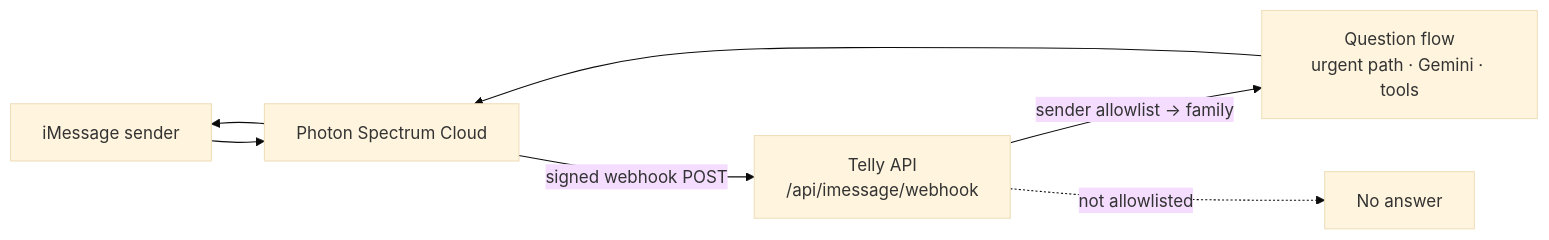
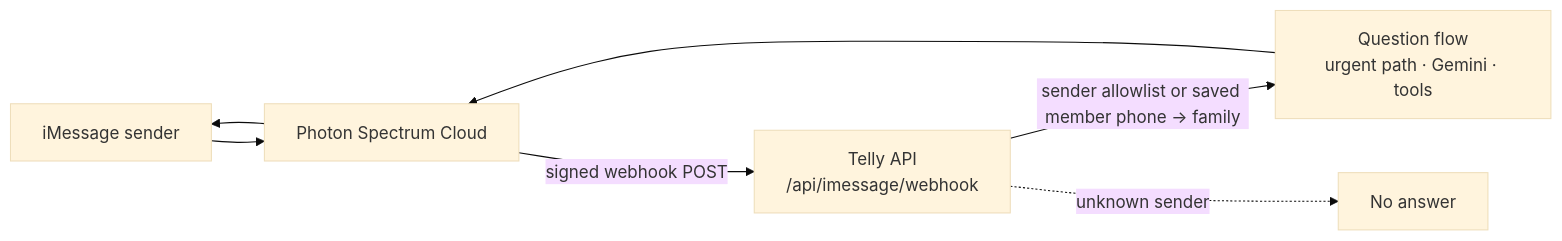
The seventh of 14 diagrams in README.md (42nights/telly), drawn with Mermaid (base theme) before and after one commit. The commit also changed other lines of this file and 35 other files, not shown here.

````diff
--- a/README.md
+++ b/README.md
@@ -215,9 +215,9 @@
 ```mermaid
 flowchart LR
     phone["iMessage sender"] --> spectrum["Photon Spectrum Cloud"]
     spectrum -->|"signed webhook POST"| agent["Telly API<br/>/api/imessage/webhook"]
-    agent -->|"sender allowlist → family"| ask["Question flow<br/>urgent path · Gemini · tools"]
-    agent -.->|"not allowlisted"| drop["No answer"]
+    agent -->|"sender allowlist or saved member phone → family"| ask["Question flow<br/>urgent path · Gemini · tools"]
+    agent -.->|"unknown sender"| drop["No answer"]
     ask --> spectrum
     spectrum --> phone
 ```
````
